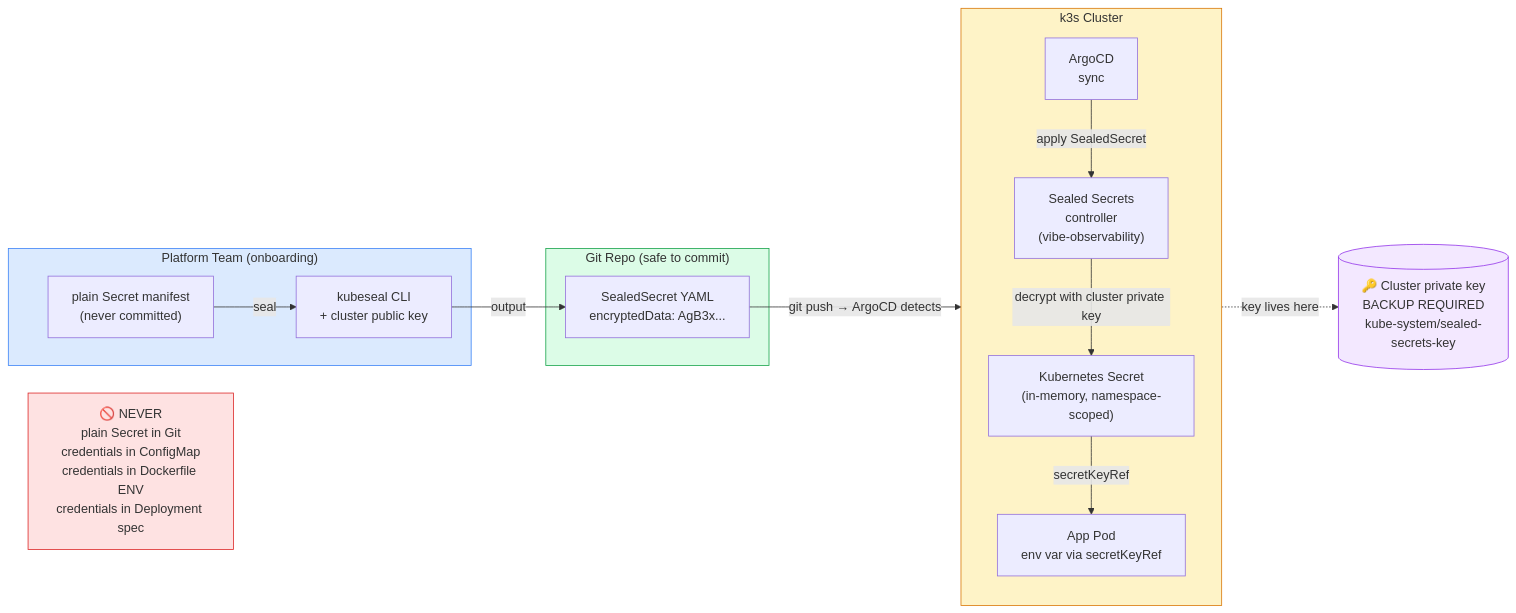
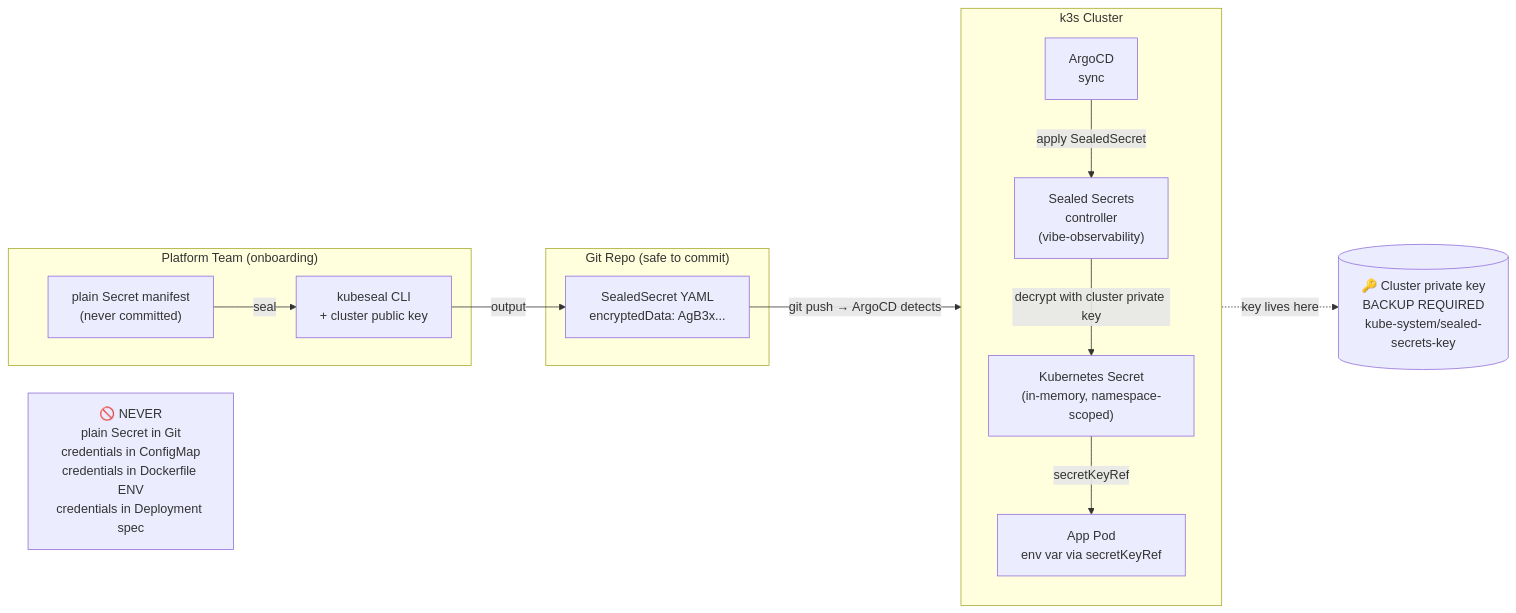
Before and after one commit to lorenzogirardi/website: the second of 6 diagrams in content/posts/ai-agentic-development-changes-who-builds-software-and-thats-an-infrastructure-problem.md, drawn with Mermaid. The commit also changed other lines of this file, not shown here.

````diff
--- a/content/posts/ai-agentic-development-changes-who-builds-software-and-thats-an-infrastructure-problem.md
+++ b/content/posts/ai-agentic-development-changes-who-builds-software-and-thats-an-infrastructure-problem.md
@@ -328,38 +323,33 @@
 ```mermaid
 flowchart LR
     subgraph platform["Platform Team (onboarding)"]
         plain["plain Secret manifest<br/>(never committed)"]
         ks["kubeseal CLI<br/>+ cluster public key"]
         plain -->|seal| ks
     end
 
     subgraph git["Git Repo (safe to commit)"]
         sealed["SealedSecret YAML<br/>encryptedData: AgB3x..."]
     end
 
     subgraph cluster["k3s Cluster"]
         direction TB
         argocd2["ArgoCD<br/>sync"]
         controller["Sealed Secrets<br/>controller<br/>(vibe-observability)"]
         k8ssecret["Kubernetes Secret<br/>(in-memory, namespace-scoped)"]
         app2["App Pod<br/>env var via secretKeyRef"]
 
         argocd2 -->|"apply SealedSecret"| controller
         controller -->|"decrypt with cluster private key"| k8ssecret
         k8ssecret -->|"secretKeyRef"| app2
     end
 
     keybackup[("🔑 Cluster private key<br/>BACKUP REQUIRED<br/>kube-system/sealed-secrets-key")]
 
     ks -->|output| sealed
     sealed -->|"git push → ArgoCD detects"| argocd2
     controller -.->|"key lives here"| keybackup
 
     never["🚫 NEVER<br/>plain Secret in Git<br/>credentials in ConfigMap<br/>credentials in Dockerfile ENV<br/>credentials in Deployment spec"]
 
-    style platform fill:#dbeafe,stroke:#3b82f6
-    style git fill:#dcfce7,stroke:#16a34a
-    style cluster fill:#fef3c7,stroke:#d97706
-    style keybackup fill:#f3e8ff,stroke:#9333ea
-    style never fill:#fee2e2,stroke:#dc2626
 ```
````
